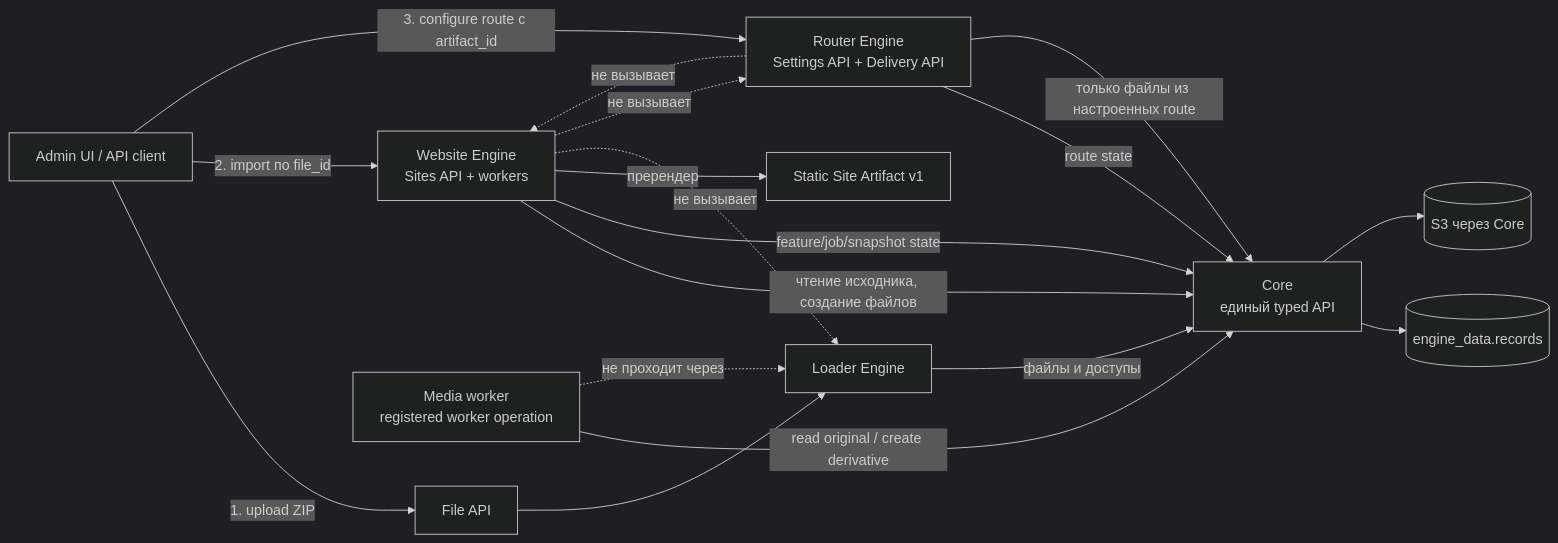
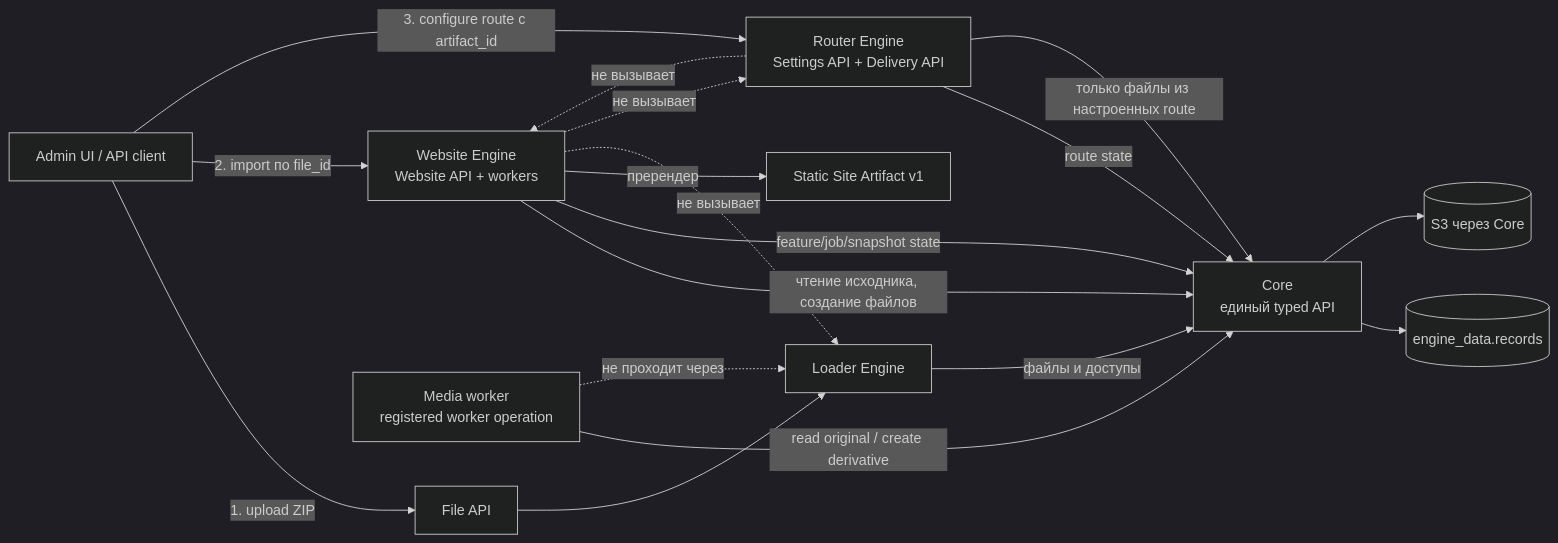
One commit to Zubrium/cdn changed the first of 3 diagrams in spec/engines/website/SPEC-website-engine.md. Above: the diagram before and after it, drawn with Mermaid (dark theme). The commit also changed other lines of this file and 91 other files, not shown here.

````diff
--- a/spec/engines/website/SPEC-website-engine.md
+++ b/spec/engines/website/SPEC-website-engine.md
@@ -48,32 +48,32 @@
 ```mermaid
 flowchart LR
     Admin[Admin UI / API client]
     FileAPI[File API]
     Loader[Loader Engine]
-    Website[Website Engine<br/>Sites API + workers]
+    Website[Website Engine<br/>Website API + workers]
     Router[Router Engine<br/>Settings API + Delivery API]
     Core[Core<br/>единый typed API]
     ModuleData[(engine_data.records)]
     S3[(S3 через Core)]
     FF[Media worker<br/>registered worker operation]
     Artifact[Static Site Artifact v1]
 
     Admin -->|1. upload ZIP| FileAPI
     FileAPI --> Loader
     Loader -->|файлы и доступы| Core
     Admin -->|2. import по file_id| Website
     Website -->|чтение исходника, создание файлов| Core
     Website -->|feature/job/snapshot state| Core
     Core --> ModuleData
     Core --> S3
     Website -->|пререндер| Artifact
     Admin -->|3. configure route с artifact_id| Router
     Router -->|route state| Core
     Router -->|только файлы из настроенных route| Core
     FF -->|read original / create derivative| Core
 
     Website -. не вызывает .-> Loader
     Website -. не вызывает .-> Router
     Router -. не вызывает .-> Website
     FF -. не проходит через .-> Loader
 ```
````
